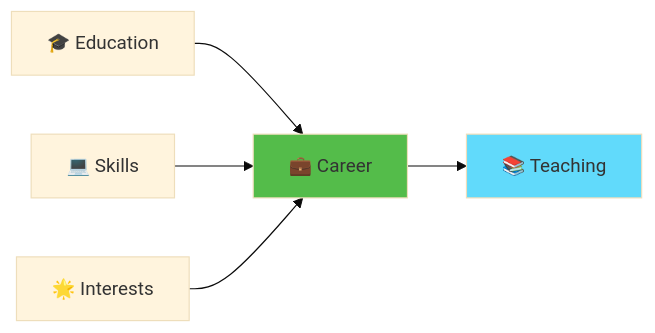
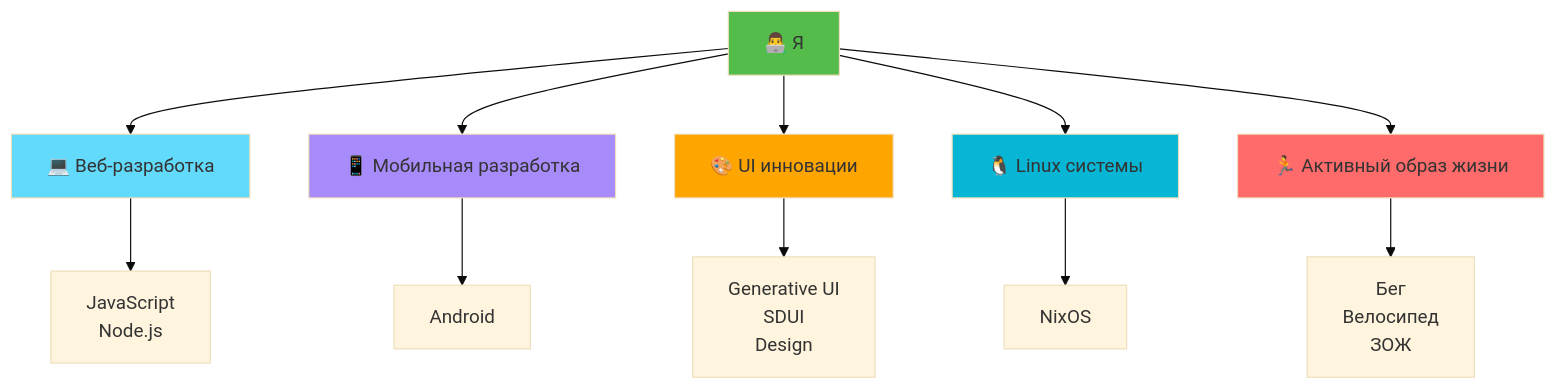
Before and after one commit to drunkody/textarea-fullscreen-extension: the first of 3 diagrams in slides/00-1-about-me.md, drawn with Mermaid (base theme). The commit also changed other lines of this file and 22 other files, not shown here.

````diff
--- a/slides/00-1-about-me.md
+++ b/slides/00-1-about-me.md
@@ -9,10 +9,23 @@
 ```mermaid
-graph LR
-    A[🎓 Education] --> D[💼 Career]
-    B[💻 Skills] --> D
-    C[🌟 Interests] --> D
-    D --> E[📚 Teaching]
+graph TB
+    CENTER[👨‍💻 Я]
     
-    style D fill:#54bc4a
-    style E fill:#61dafb
+    CENTER --> A[💻 Веб-разработка]
+    CENTER --> B[📱 Мобильная разработка]
+    CENTER --> C[🎨 UI инновации]
+    CENTER --> D[🐧 Linux системы]
+    CENTER --> E[🏃 Активный образ жизни]
+    
+    A --> A1[JavaScript<br/>Node.js]
+    B --> B1[Android]
+    C --> C1[Generative UI<br/>SDUI<br/>Design]
+    D --> D1[NixOS]
+    E --> E1[Бег<br/>Велосипед<br/>ЗОЖ]
+    
+    style CENTER fill:#54bc4a
+    style A fill:#61dafb
+    style B fill:#a78bfa
+    style C fill:#ffa500
+    style D fill:#06b6d4
+    style E fill:#ff6b6b
 ```
````
